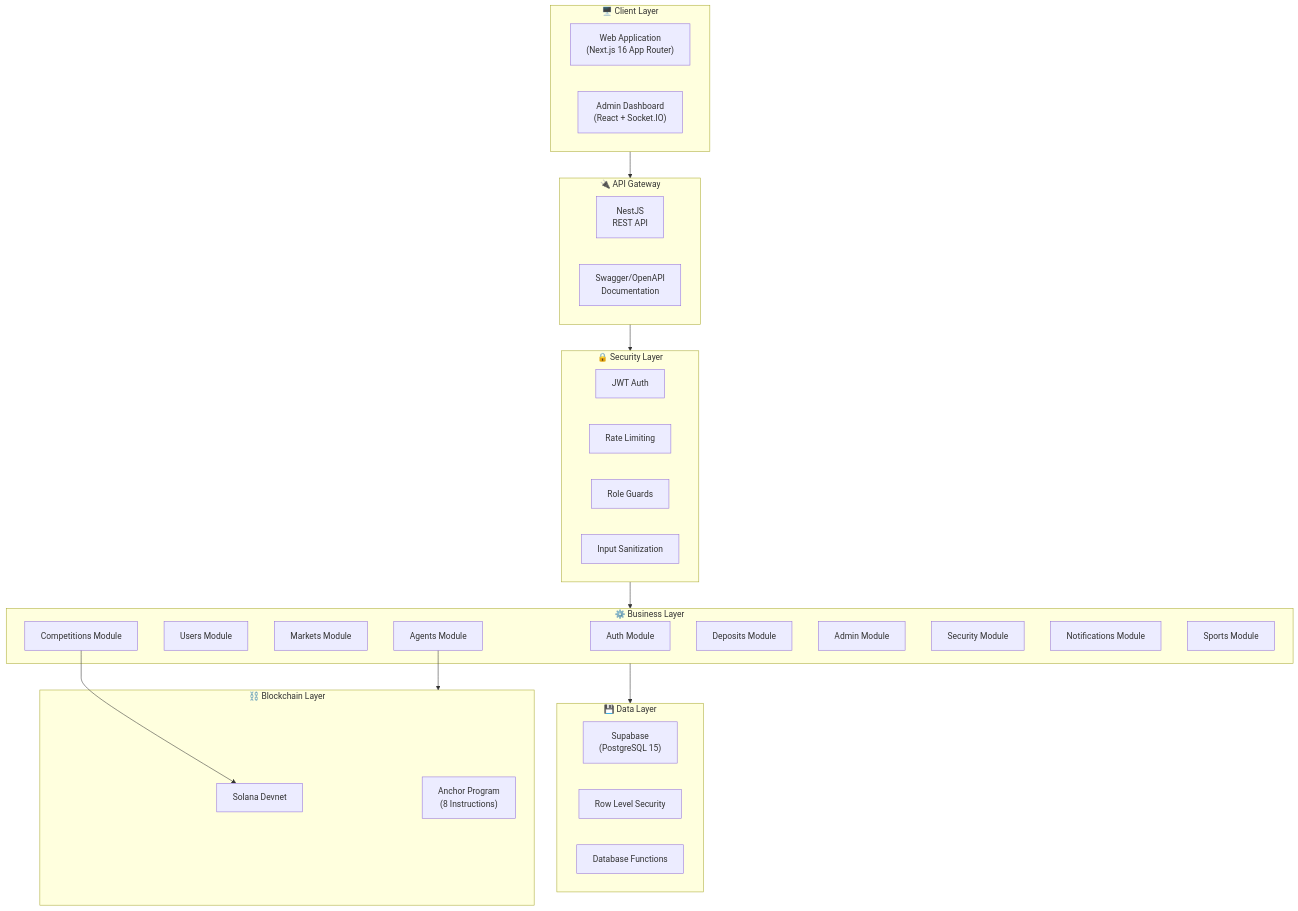
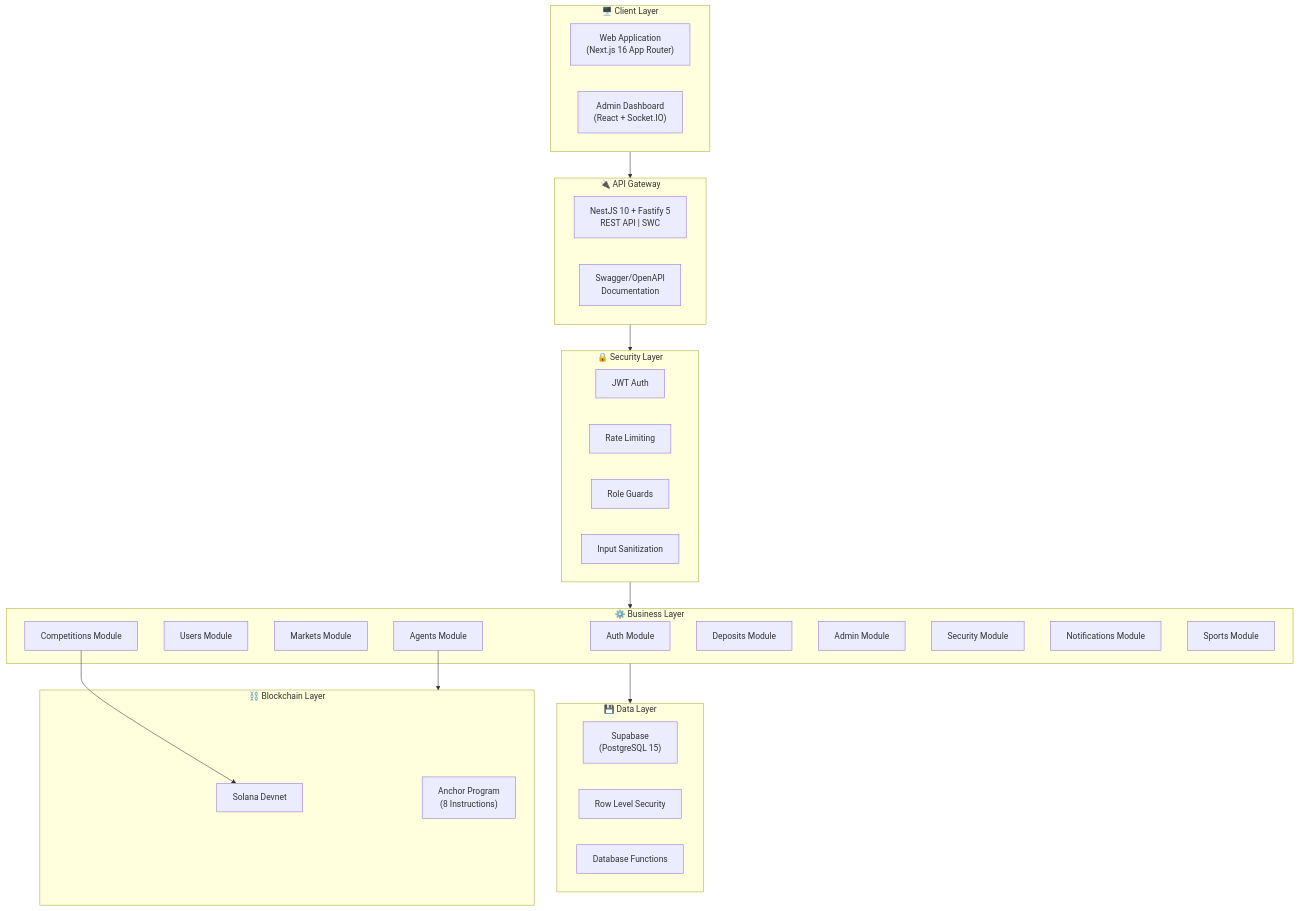
One commit to siabang35/anchor-solana changed the first of 6 diagrams in documentation/Doc.md. Above: the diagram before and after it, drawn with Mermaid. The commit also changed other lines of this file and 41 other files, not shown here.

````diff
--- a/documentation/Doc.md
+++ b/documentation/Doc.md
@@ -70,50 +71,50 @@
 ```mermaid
 flowchart TB
     subgraph ClientLayer["🖥️ Client Layer"]
         WebApp["Web Application<br/>(Next.js 16 App Router)"]
         AdminUI["Admin Dashboard<br/>(React + Socket.IO)"]
     end
 
     subgraph APIGateway["🔌 API Gateway"]
-        NestJS["NestJS<br/>REST API"]
+        NestJS["NestJS 10 + Fastify 5<br/>REST API | SWC"]
         Swagger["Swagger/OpenAPI<br/>Documentation"]
     end
 
     subgraph SecurityLayer["🔒 Security Layer"]
         JWT["JWT Auth"]
         RateLimit["Rate Limiting"]
         Guards["Role Guards"]
         Sanitizer["Input Sanitization"]
     end
 
     subgraph BusinessLayer["⚙️ Business Layer"]
         AuthMod["Auth Module"]
         UserMod["Users Module"]
         MarketMod["Markets Module"]
         AgentMod["Agents Module"]
         CompMod["Competitions Module"]
         DepositMod["Deposits Module"]
         AdminMod["Admin Module"]
         SecMod["Security Module"]
         NotifMod["Notifications Module"]
         SportsMod["Sports Module"]
     end
 
     subgraph DataLayer["💾 Data Layer"]
         Supabase["Supabase<br/>(PostgreSQL 15)"]
         RLS["Row Level Security"]
         Functions["Database Functions"]
     end
 
     subgraph BlockchainLayer["⛓️ Blockchain Layer"]
         Solana["Solana Devnet"]
         Anchor["Anchor Program<br/>(8 Instructions)"]
     end
 
     ClientLayer --> APIGateway
     APIGateway --> SecurityLayer
     SecurityLayer --> BusinessLayer
     BusinessLayer --> DataLayer
     AgentMod --> BlockchainLayer
     CompMod --> Solana
 ```
````
